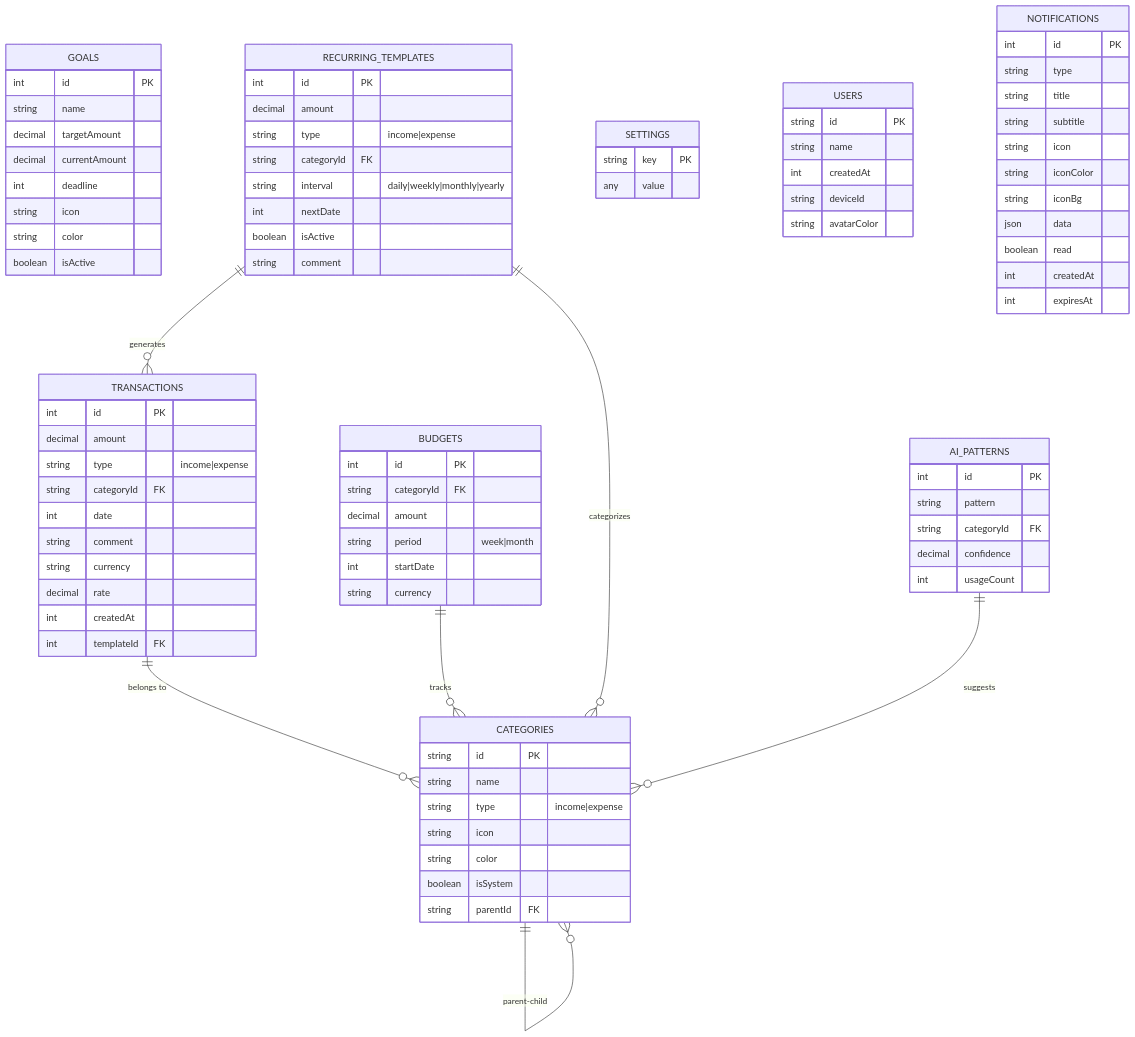
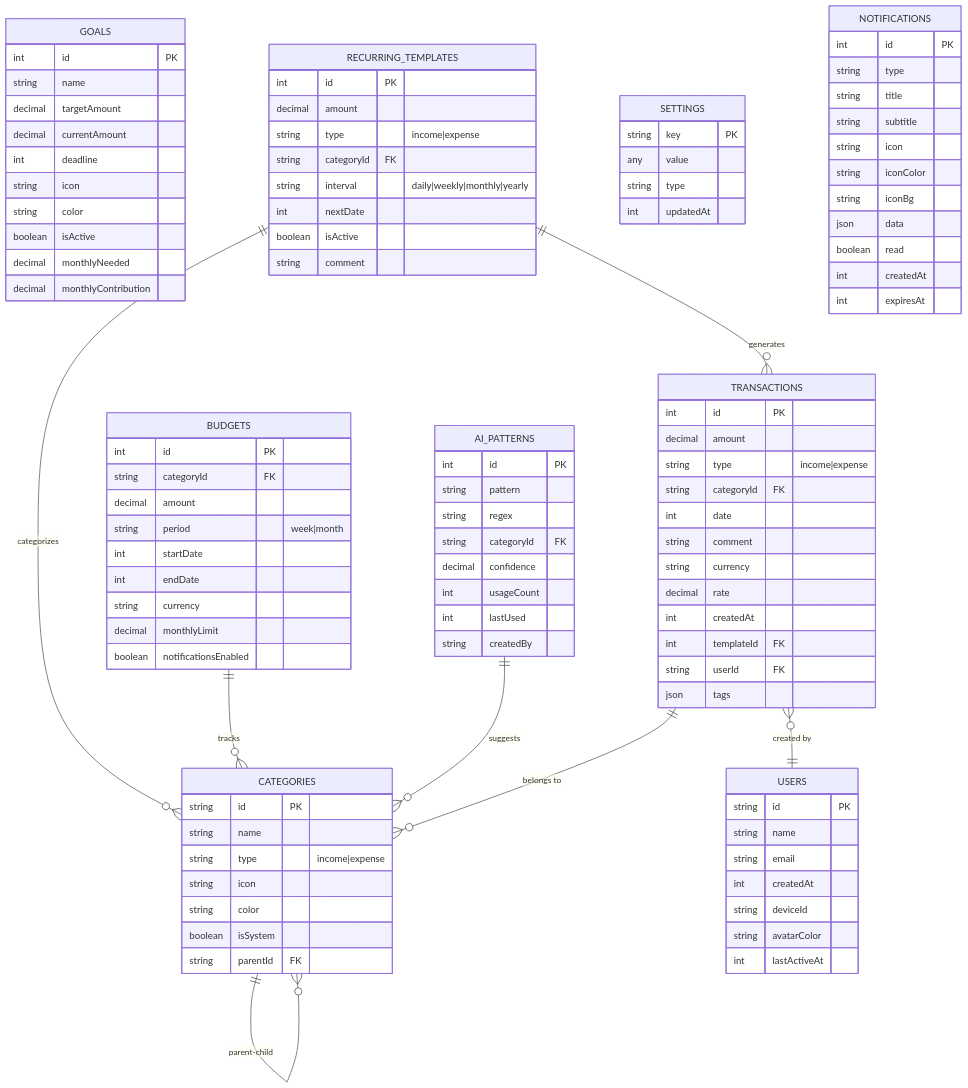
Before and after one commit to Shadovv-Government/Finly: the diagram in DATABASE_SCHEMA.md, drawn with Mermaid. The commit also changed other lines of this file and 10 other files, not shown here.

```diff
--- a/DATABASE_SCHEMA.md
+++ b/DATABASE_SCHEMA.md
@@ -17,6 +17,8 @@
         decimal rate
         int createdAt
         int templateId FK
+        string userId FK
+        json tags
     }
 
     CATEGORIES {
@@ -35,7 +37,10 @@
         decimal amount
         string period "week|month"
         int startDate
+        int endDate
         string currency
+        decimal monthlyLimit
+        boolean notificationsEnabled
     }
 
     GOALS {
@@ -47,6 +52,8 @@
         string icon
         string color
         boolean isActive
+        decimal monthlyNeeded
+        decimal monthlyContribution
     }
 
     RECURRING_TEMPLATES {
@@ -63,22 +70,29 @@
     SETTINGS {
         string key PK
         any value
+        string type
+        int updatedAt
     }
 
     AI_PATTERNS {
         int id PK
         string pattern
+        string regex
         string categoryId FK
         decimal confidence
         int usageCount
+        int lastUsed
+        string createdBy
     }
 
     USERS {
         string id PK
         string name
+        string email
         int createdAt
         string deviceId
         string avatarColor
+        int lastActiveAt
     }
 
     NOTIFICATIONS {
@@ -96,6 +110,7 @@
     }
 
     TRANSACTIONS ||--o{ CATEGORIES : "belongs to"
+    TRANSACTIONS }o--|| USERS : "created by"
     BUDGETS ||--o{ CATEGORIES : "tracks"
     RECURRING_TEMPLATES ||--o{ CATEGORIES : "categorizes"
     AI_PATTERNS ||--o{ CATEGORIES : "suggests"
```
